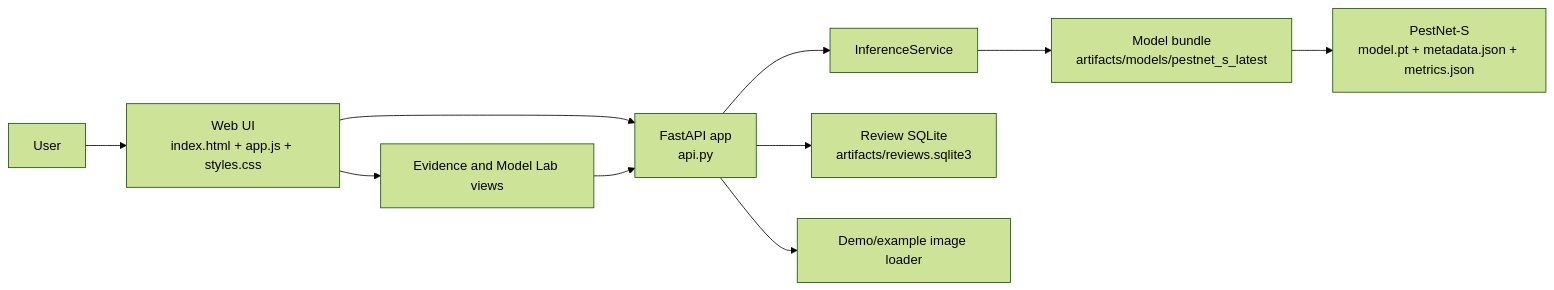
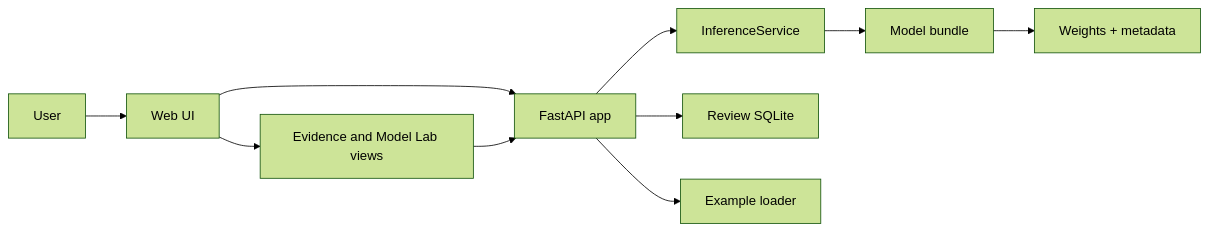
One commit to elite3012/AI-Object-Detection-Continual-Learning changed the first of 5 diagrams in DESIGN_REPORT_IP102.md. Above: the diagram before and after it, drawn with Mermaid (forest theme). The commit also changed other lines of this file, not shown here.

Commit message:
docs: shorten mermaid diagram labels

````diff
--- a/DESIGN_REPORT_IP102.md
+++ b/DESIGN_REPORT_IP102.md
@@ -60,12 +60,12 @@
 ```mermaid
 flowchart LR
-    user["User"] --> web["Web UI<br/>index.html + app.js + styles.css"]
-    web --> api["FastAPI app<br/>api.py"]
+    user["User"] --> web["Web UI"]
+    web --> api["FastAPI app"]
     api --> service["InferenceService"]
-    service --> bundle["Model bundle<br/>artifacts/models/pestnet_s_latest"]
-    bundle --> model["PestNet-S<br/>model.pt + metadata.json + metrics.json"]
-    api --> reviews["Review SQLite<br/>artifacts/reviews.sqlite3"]
-    api --> examples["Demo/example image loader"]
+    service --> bundle["Model bundle"]
+    bundle --> model["Weights + metadata"]
+    api --> reviews["Review SQLite"]
+    api --> examples["Example loader"]
     web --> evidence["Evidence and Model Lab views"]
     evidence --> api
 ```
````
